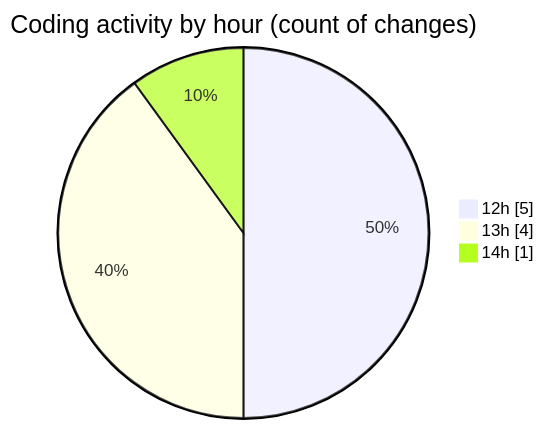
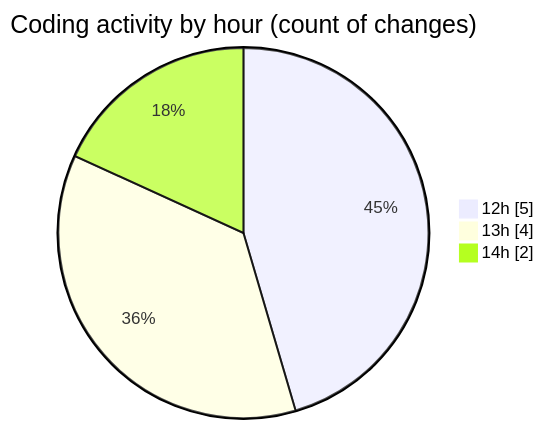
The second of 2 diagrams in 2026-10-20/cilapp/README.md (ricardozamudiocil/code-tracking), drawn with Mermaid before and after one commit. The commit also changed other lines of this file and 1 other file, not shown here.

````diff
--- a/2026-10-20/cilapp/README.md
+++ b/2026-10-20/cilapp/README.md
@@ -32,7 +32,7 @@
 ```mermaid
 pie showData
 title Coding activity by hour (count of changes)
 "12h" : 5
 "13h" : 4
-"14h" : 1
+"14h" : 2
 ```
````
